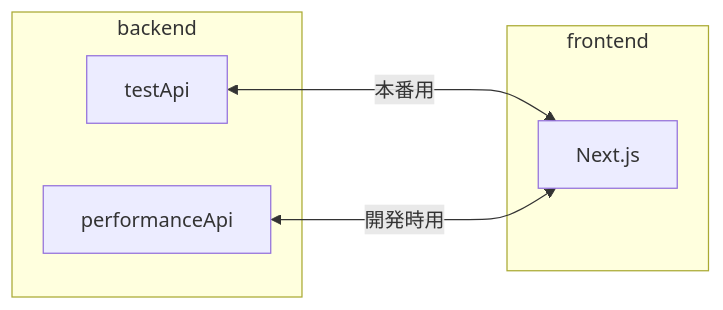
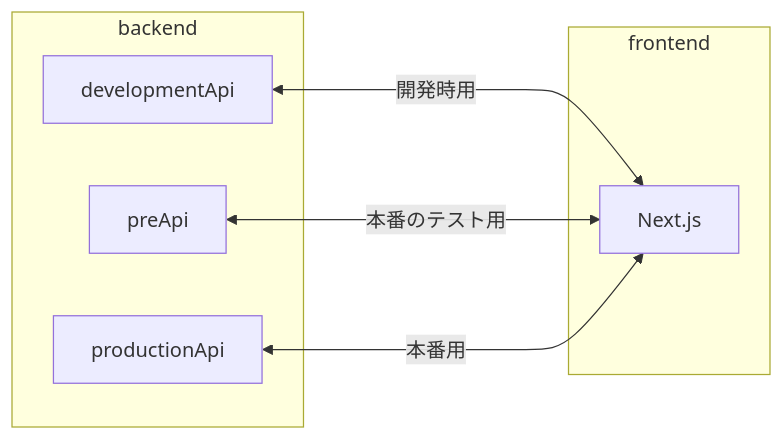
The diagram in README.md (kumeS/stableDiffusion4R_API), drawn with Mermaid before and after one commit. The commit also changed other lines of this file and 1 other file, not shown here.

````diff
--- a/README.md
+++ b/README.md
@@ -105,12 +125,14 @@
 ```mermaid
 flowchart LR
-    testApi<--本番用--->Next.js
-    performanceApi<--開発時用--->Next.js
+    developmentApi<--開発時用--->Next.js
+    preApi<--本番のテスト用--->Next.js
+    productionApi<--本番用--->Next.js
     subgraph backend
-    testApi
-    performanceApi
+    developmentApi
+    preApi
+    productionApi
     end
     subgraph frontend
     Next.js
     end
 ```
````
